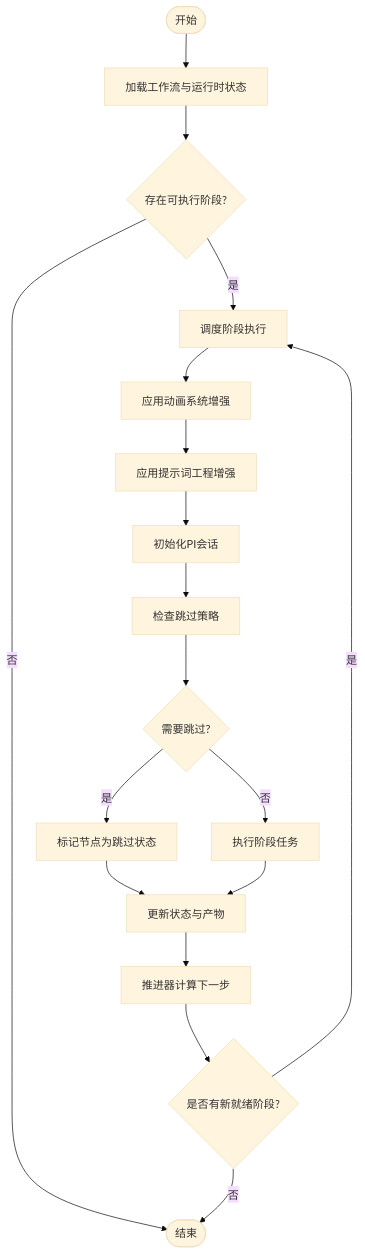
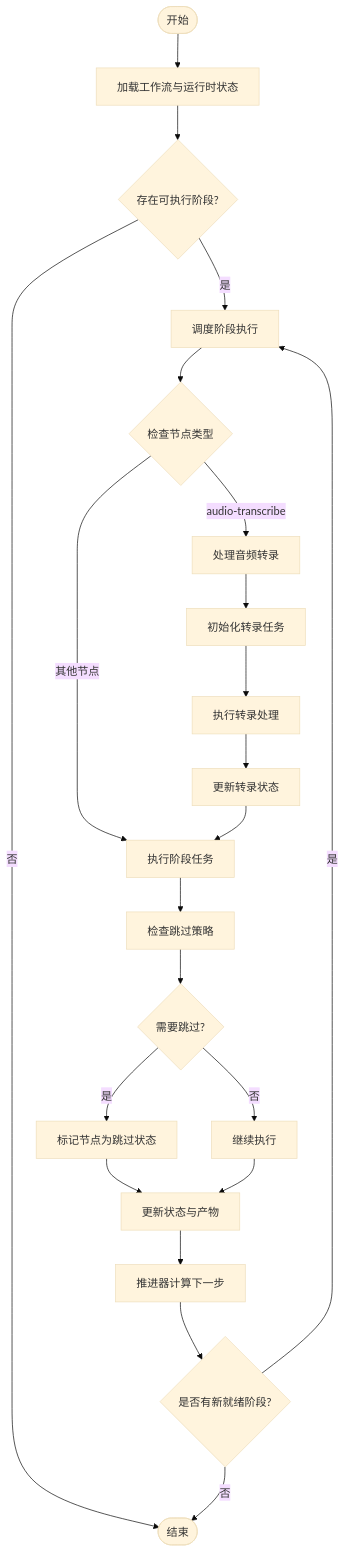
One commit to scottcwy/PurpleInk changed the seventh of 8 diagrams in .qoder/repowiki/zh/content/API参考/导演系统API/导演系统API.md. Above: the diagram before and after it, drawn with Mermaid (base theme). The commit also changed other lines of this file and 29 other files, not shown here.

````diff
--- a/.qoder/repowiki/zh/content/API参考/导演系统API/导演系统API.md
+++ b/.qoder/repowiki/zh/content/API参考/导演系统API/导演系统API.md
@@ -489,20 +443,24 @@
 ```mermaid
 flowchart TD
 Start(["开始"]) --> Load["加载工作流与运行时状态"]
 Load --> Ready{"存在可执行阶段?"}
 Ready --> |否| End(["结束"])
 Ready --> |是| Schedule["调度阶段执行"]
-Schedule --> AnimationEnhancement["应用动画系统增强"]
-AnimationEnhancement --> PromptEnhancement["应用提示词工程增强"]
-PromptEnhancement --> InitSession["初始化PI会话"]
-InitSession --> CheckSkip["检查跳过策略"]
+Schedule --> CheckNodeType{"检查节点类型"}
+CheckNodeType --> |audio-transcribe| ProcessAudio["处理音频转录"]
+CheckNodeType --> |其他节点| Exec["执行阶段任务"]
+ProcessAudio --> InitTranscribe["初始化转录任务"]
+InitTranscribe --> ExecuteTranscribe["执行转录处理"]
+ExecuteTranscribe --> UpdateStatus["更新转录状态"]
+UpdateStatus --> Exec
+Exec --> CheckSkip["检查跳过策略"]
 CheckSkip --> ShouldSkip{"需要跳过?"}
 ShouldSkip --> |是| MarkSkipped["标记节点为跳过状态"]
-ShouldSkip --> |否| Exec["执行阶段任务"]
+ShouldSkip --> |否| Continue["继续执行"]
 MarkSkipped --> Update["更新状态与产物"]
-Exec --> Update
+Continue --> Update
 Update --> Advance["推进器计算下一步"]
 Advance --> NextReady{"是否有新就绪阶段?"}
 NextReady --> |是| Schedule
 NextReady --> |否| End
 ```
````
